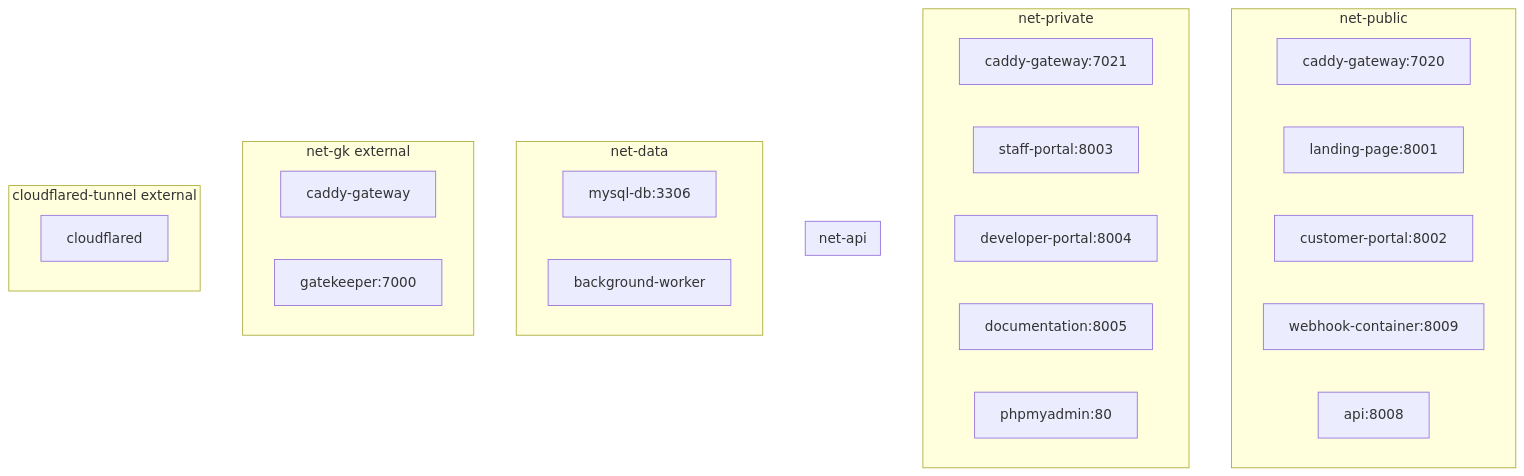
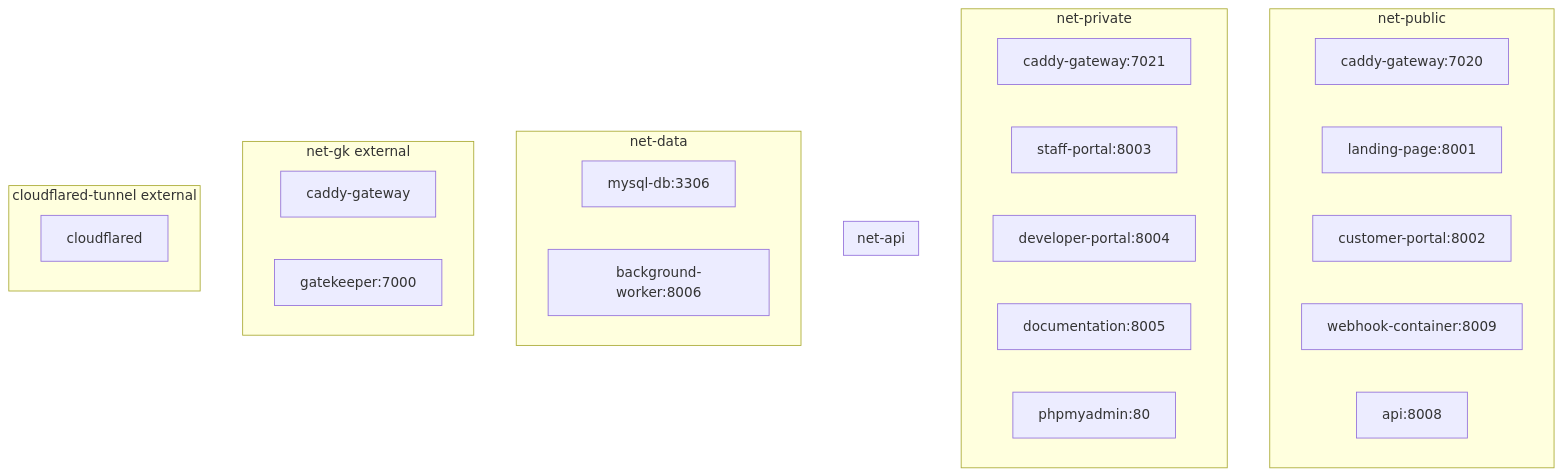
The diagram in documentation/docs/bill-server/deployment.md (NovaProtocol/WaterBillingSystem), drawn with Mermaid before and after one commit. The commit also changed other lines of this file and 11 other files, not shown here.

````diff
--- a/documentation/docs/bill-server/deployment.md
+++ b/documentation/docs/bill-server/deployment.md
@@ -50,44 +50,44 @@
 ```mermaid
 graph TB
     subgraph "net-public"
         C1[caddy-gateway:7020]
         LP[landing-page:8001]
         CP[customer-portal:8002]
         WH[webhook-container:8009]
         API[api:8008]
     end
 
     subgraph "net-private"
         C2[caddy-gateway:7021]
         SP[staff-portal:8003]
         DP[developer-portal:8004]
         DOC[documentation:8005]
         PMA[phpmyadmin:80]
     end
 
     subgraph "net-api"
         CP
         SP
         DP
         WH
         API
     end
 
     subgraph "net-data"
         DB[mysql-db:3306]
         API
-        WORKER[background-worker]
+        WORKER[background-worker:8006]
         PMA
     end
 
     subgraph "net-gk external"
         CG[caddy-gateway]
         GK[gatekeeper:7000]
     end
 
     subgraph "cloudflared-tunnel external"
         C1
         C2
         CF[cloudflared]
     end
 ```
````
